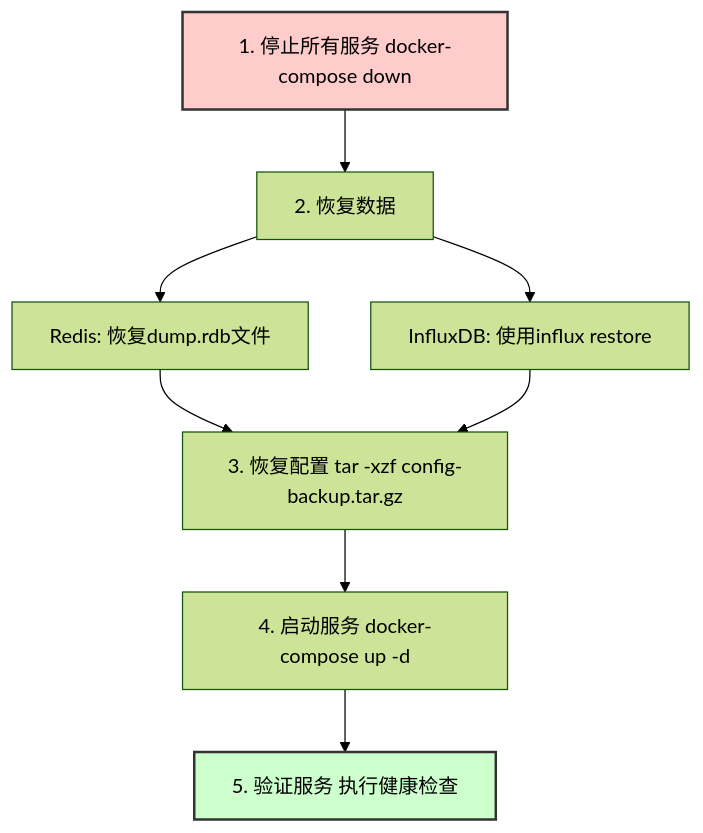
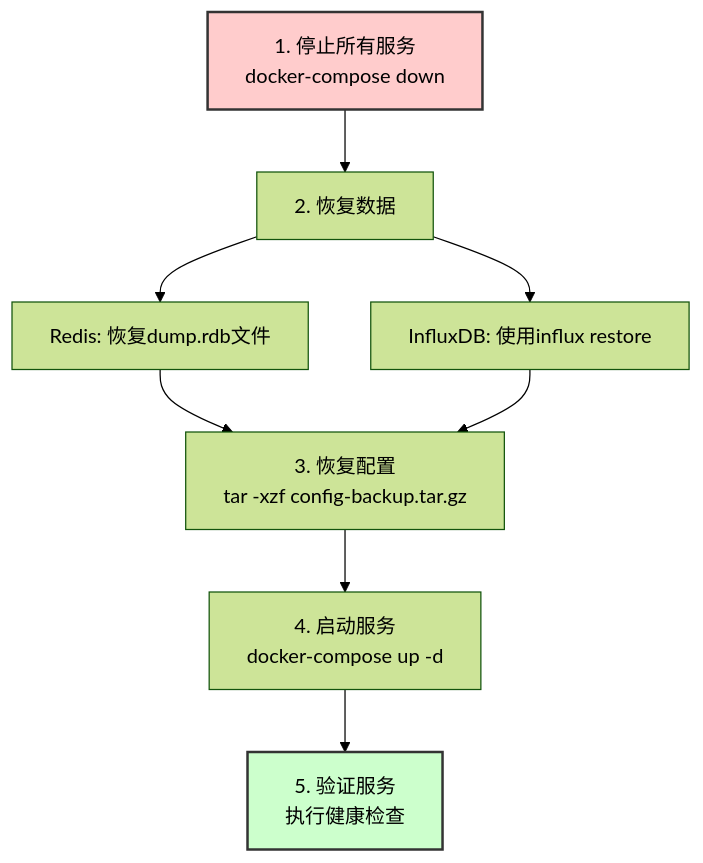
One commit to EvanL1/VoltageEMS changed the ninth of 12 diagrams in docs/VOLTAGEEMS_CICD_ARCHITECTURE.md. Above: the diagram before and after it, drawn with Mermaid (forest theme). The commit also changed other lines of this file and 45 other files, not shown here.

````diff
--- a/docs/VOLTAGEEMS_CICD_ARCHITECTURE.md
+++ b/docs/VOLTAGEEMS_CICD_ARCHITECTURE.md
@@ -566,13 +556,13 @@
 ```mermaid
 flowchart TD
-    A[1. 停止所有服务 docker-compose down] --> B[2. 恢复数据]
+    A[1. 停止所有服务<br/>docker-compose down] --> B[2. 恢复数据]
     B --> B1[Redis: 恢复dump.rdb文件]
     B --> B2[InfluxDB: 使用influx restore]
-    B1 --> C[3. 恢复配置 tar -xzf config-backup.tar.gz]
+    B1 --> C[3. 恢复配置<br/>tar -xzf config-backup.tar.gz]
     B2 --> C
-    C --> D[4. 启动服务 docker-compose up -d]
-    D --> E[5. 验证服务 执行健康检查]
+    C --> D[4. 启动服务<br/>docker-compose up -d]
+    D --> E[5. 验证服务<br/>执行健康检查]
   
     style A fill:#fcc,stroke:#333,stroke-width:2px
     style E fill:#cfc,stroke:#333,stroke-width:2px
 ```
````
